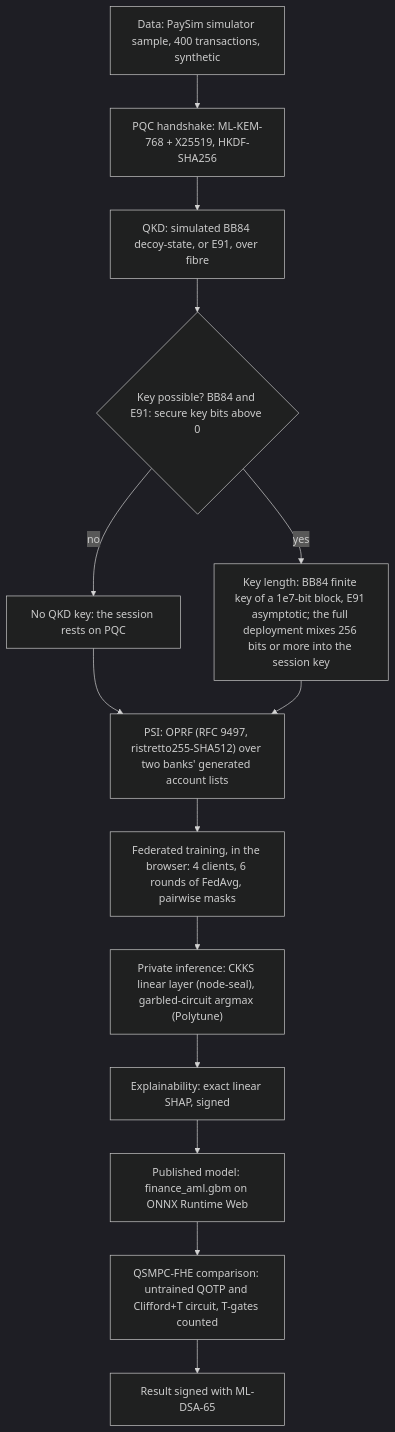
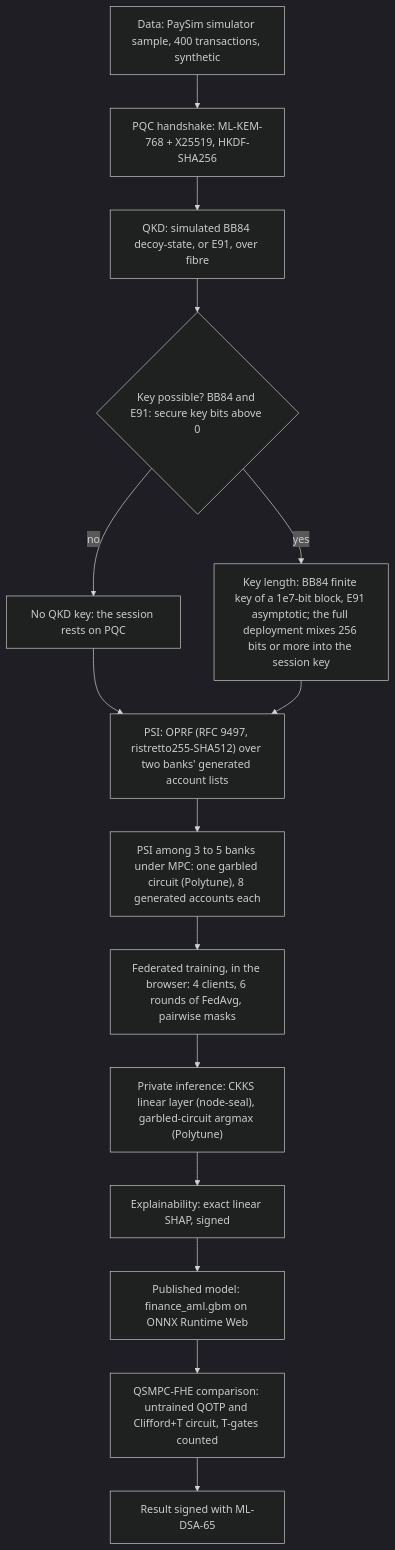
The third of 11 diagrams in README.md (Quantum-Daemons/QSMPC-QKD-QHE-AI-Hybrid), drawn with Mermaid (dark theme) before and after one commit. The commit also changed 25 other files, not shown here.

First line of the commit message:
Finance runs a PSI among three to five banks under MPC; runs export as WebM

````diff
--- a/README.md
+++ b/README.md
@@ -111,29 +111,31 @@
 ```mermaid
 flowchart TB
   D["Data: PaySim simulator sample, 400 transactions, synthetic"]
   H["PQC handshake: ML-KEM-768 + X25519, HKDF-SHA256"]
   K["QKD: simulated BB84 decoy-state, or E91, over fibre"]
   Q{"Key possible? BB84 and E91: secure key bits above 0"}
   N["No QKD key: the session rests on PQC"]
   L["Key length: BB84 finite key of a 1e7-bit block, E91 asymptotic; the full deployment mixes 256 bits or more into the session key"]
   P["PSI: OPRF (RFC 9497, ristretto255-SHA512) over two banks' generated account lists"]
+  MP["PSI among 3 to 5 banks under MPC: one garbled circuit (Polytune), 8 generated accounts each"]
   FL["Federated training, in the browser: 4 clients, 6 rounds of FedAvg, pairwise masks"]
   I["Private inference: CKKS linear layer (node-seal), garbled-circuit argmax (Polytune)"]
   X["Explainability: exact linear SHAP, signed"]
   M["Published model: finance_aml.gbm on ONNX Runtime Web"]
   C["QSMPC-FHE comparison: untrained QOTP and Clifford+T circuit, T-gates counted"]
   S["Result signed with ML-DSA-65"]
   D --> H
   H --> K
   K --> Q
   Q -->|no| N
   Q -->|yes| L
   N --> P
   L --> P
-  P --> FL
+  P --> MP
+  MP --> FL
   FL --> I
   I --> X
   X --> M
   M --> C
   C --> S
 ```
````
